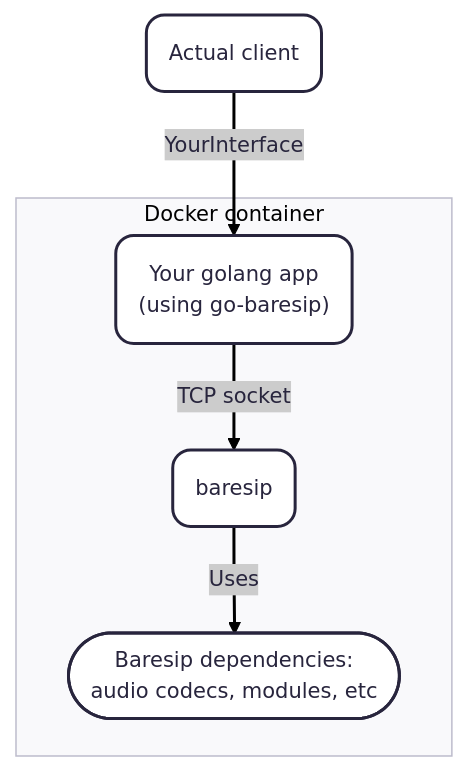
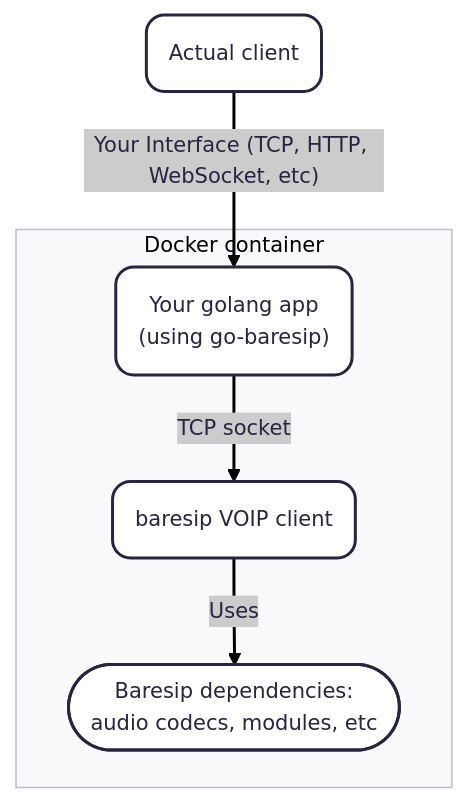
Before and after one commit to f18m/go-baresip: the diagram in README.md, drawn with Mermaid. The commit also changed other lines of this file and 2 other files, not shown here.

````diff
--- a/README.md
+++ b/README.md
@@ -26,17 +25,17 @@
 ```mermaid
 ---
 config:
       theme: redux
 ---
 flowchart TD
       CLIENT("Actual client")
       subgraph docker [Docker container]
-      BARESIP("baresip")
+      BARESIP("baresip VOIP client")
       DEPENDENCIES(["Baresip dependencies:<br>audio codecs, modules, etc"])
       GOLANGAPP("Your golang app<br>(using go-baresip)")
 
       BARESIP --Uses--> DEPENDENCIES
       GOLANGAPP --TCP socket--> BARESIP
       end
-      CLIENT --YourInterface--> GOLANGAPP
+      CLIENT --Your Interface (TCP, HTTP, WebSocket, etc)--> GOLANGAPP
 ```
````
